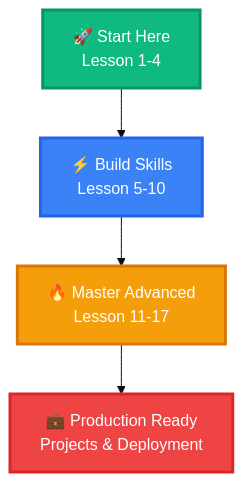
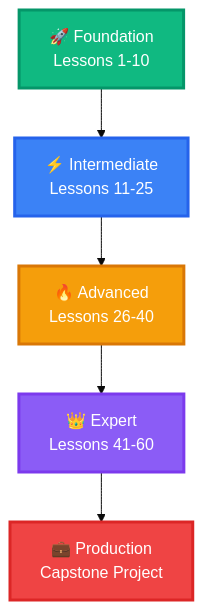
One commit to CodewithEvilxd/fullstack-app-dev-handbook changed the fourth of 4 diagrams in README.md. Above: the diagram before and after it, drawn with Mermaid (base theme). The commit also changed other lines of this file, not shown here.

Commit message:
Update README to reflect 60 lessons with comprehensive curriculum structure

````diff
--- a/README.md
+++ b/README.md
@@ -1273,11 +1317,13 @@
 ```mermaid
 flowchart TD
-    A[🚀 Start Here<br/>Lesson 1-4] --> B[⚡ Build Skills<br/>Lesson 5-10]
-    B --> C[🔥 Master Advanced<br/>Lesson 11-17]
-    C --> D[💼 Production Ready<br/>Projects & Deployment]
+    A[🚀 Foundation<br/>Lessons 1-10] --> B[⚡ Intermediate<br/>Lessons 11-25]
+    B --> C[🔥 Advanced<br/>Lessons 26-40]
+    C --> D[👑 Expert<br/>Lessons 41-60]
+    D --> E[💼 Production<br/>Capstone Project]
 
     style A fill:#10b981,color:#ffffff,stroke:#059669,stroke-width:3px
     style B fill:#3b82f6,color:#ffffff,stroke:#2563eb,stroke-width:3px
     style C fill:#f59e0b,color:#ffffff,stroke:#d97706,stroke-width:3px
-    style D fill:#ef4444,color:#ffffff,stroke:#dc2626,stroke-width:3px
+    style D fill:#8b5cf6,color:#ffffff,stroke:#7c3aed,stroke-width:3px
+    style E fill:#ef4444,color:#ffffff,stroke:#dc2626,stroke-width:3px
 ```
````
